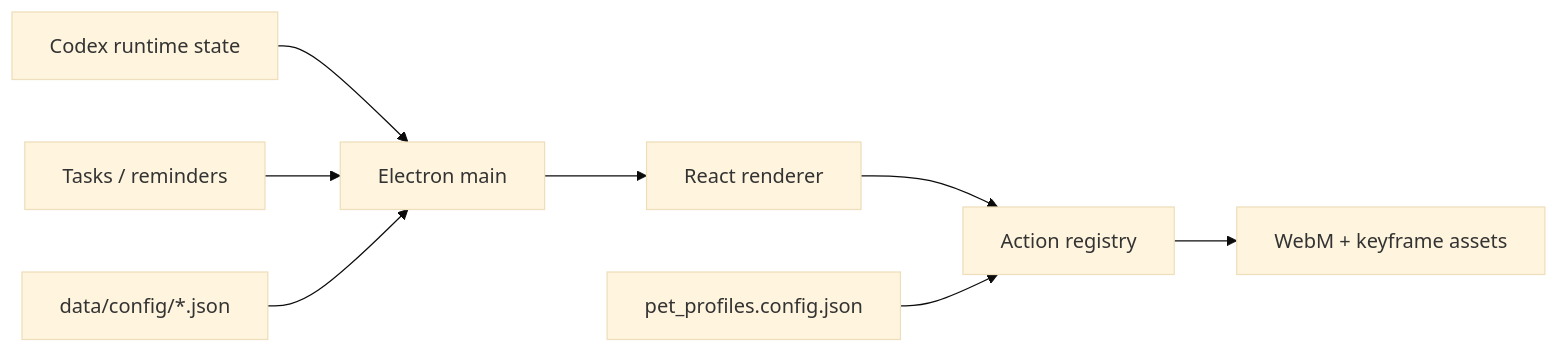
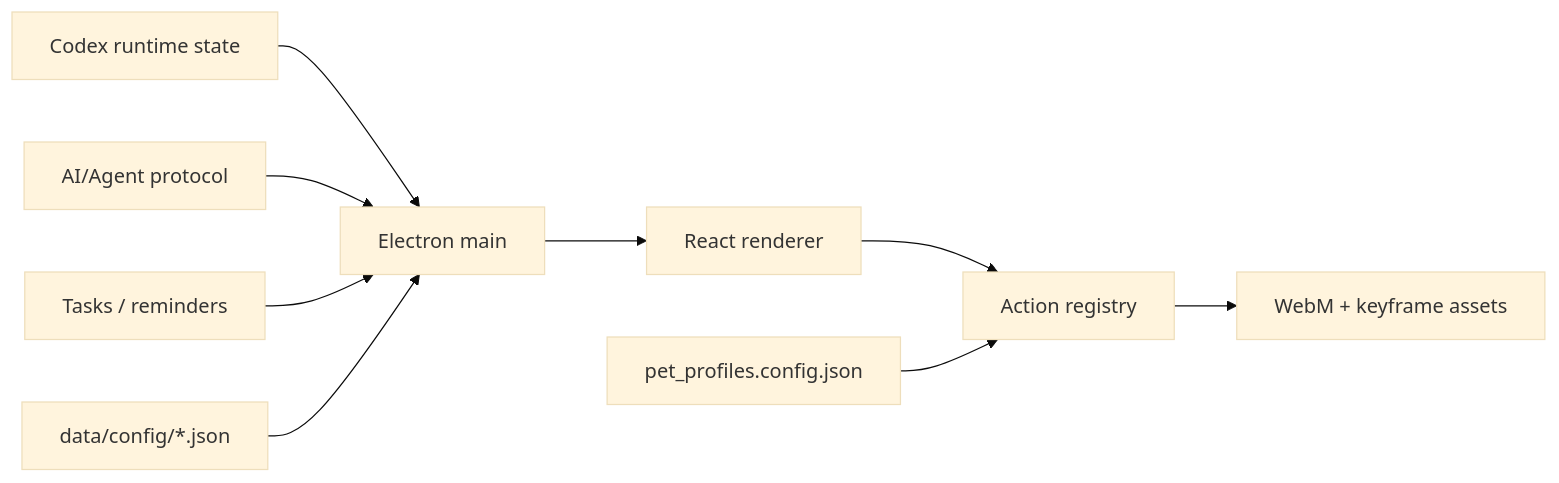
The first of 2 diagrams in docs/03_architecture.md (cafelemon/AI_pet_for_mac), drawn with Mermaid (base theme) before and after one commit. The commit also changed other lines of this file and 76 other files, not shown here.

````diff
--- a/docs/03_architecture.md
+++ b/docs/03_architecture.md
@@ -7,10 +7,11 @@
 ```mermaid
 flowchart LR
   Codex["Codex runtime state"] --> Main["Electron main"]
+  Agent["AI/Agent protocol"] --> Main
   Tasks["Tasks / reminders"] --> Main
   Config["data/config/*.json"] --> Main
   Main --> Renderer["React renderer"]
   Renderer --> Registry["Action registry"]
   Registry --> Assets["WebM + keyframe assets"]
   Profiles["pet_profiles.config.json"] --> Registry
 ```
````
